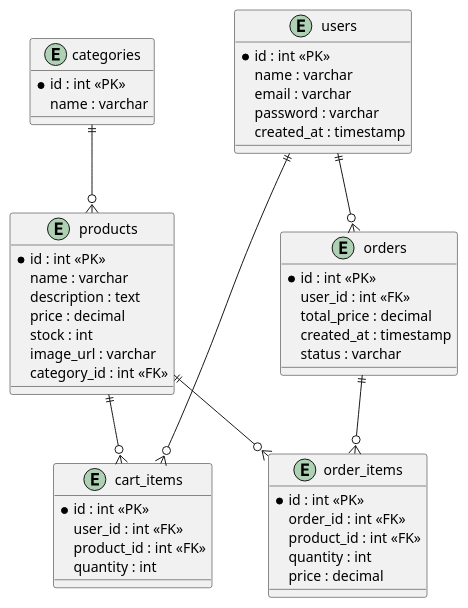
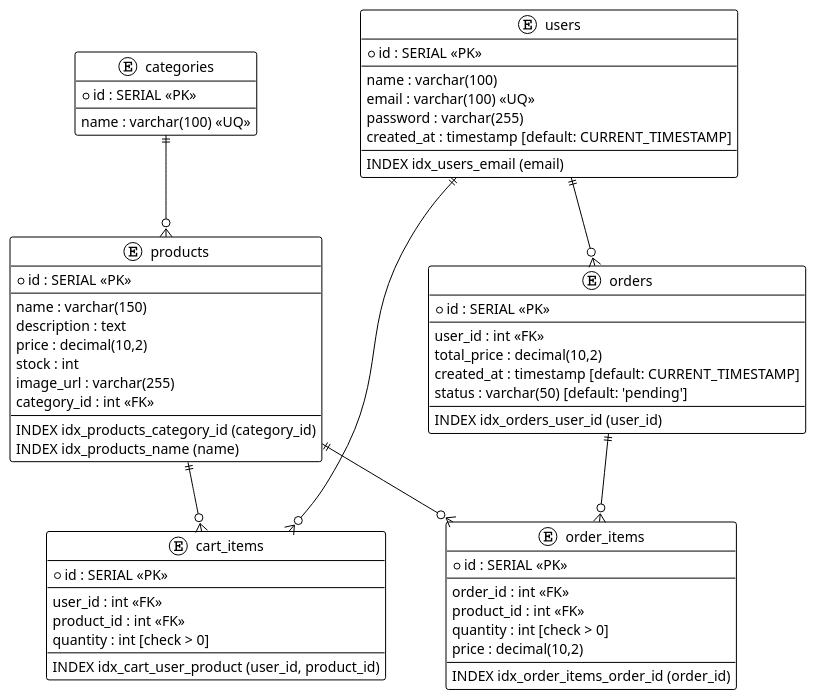
Before and after one commit to VallterH/test2: the diagram in customer-server/ERD.puml, drawn with PlantUML.

Commit message:
index + rework

```diff
--- a/customer-server/ERD.puml
+++ b/customer-server/ERD.puml
@@ -2,54 +1,74 @@
 @startuml
+!theme plain
+
 entity "users" {
-  *id : int <<PK>>
-  name : varchar
-  email : varchar
-  password : varchar
-  created_at : timestamp
+  *id : SERIAL <<PK>>
+  --
+  name : varchar(100)
+  email : varchar(100) <<UQ>>
+  password : varchar(255)
+  created_at : timestamp [default: CURRENT_TIMESTAMP]
+  --
+  INDEX idx_users_email (email)
 }
 
 entity "categories" {
-  *id : int <<PK>>
-  name : varchar
+  *id : SERIAL <<PK>>
+  --
+  name : varchar(100) <<UQ>>
 }
 
 entity "products" {
-  *id : int <<PK>>
-  name : varchar
+  *id : SERIAL <<PK>>
+  --
+  name : varchar(150)
   description : text
-  price : decimal
+  price : decimal(10,2)
   stock : int
-  image_url : varchar
+  image_url : varchar(255)
   category_id : int <<FK>>
+  --
+  INDEX idx_products_category_id (category_id)
+  INDEX idx_products_name (name)
 }
 
 entity "cart_items" {
-  *id : int <<PK>>
+  *id : SERIAL <<PK>>
+  --
   user_id : int <<FK>>
   product_id : int <<FK>>
-  quantity : int
+  quantity : int [check > 0]
+  --
+  INDEX idx_cart_user_product (user_id, product_id)
 }
 
 entity "orders" {
-  *id : int <<PK>>
+  *id : SERIAL <<PK>>
+  --
   user_id : int <<FK>>
-  total_price : decimal
-  created_at : timestamp
-  status : varchar
+  total_price : decimal(10,2)
+  created_at : timestamp [default: CURRENT_TIMESTAMP]
+  status : varchar(50) [default: 'pending']
+  --
+  INDEX idx_orders_user_id (user_id)
 }
 
 entity "order_items" {
-  *id : int <<PK>>
+  *id : SERIAL <<PK>>
+  --
   order_id : int <<FK>>
   product_id : int <<FK>>
-  quantity : int
-  price : decimal
+  quantity : int [check > 0]
+  price : decimal(10,2)
+  --
+  INDEX idx_order_items_order_id (order_id)
 }
 
-users ||--o{    cart_items
+' --- Связи между таблицами ---
+users ||--o{ cart_items
 users ||--o{ orders
 categories ||--o{ products
 products ||--o{ cart_items
 orders ||--o{ order_items
 products ||--o{ order_items
 @enduml
```
